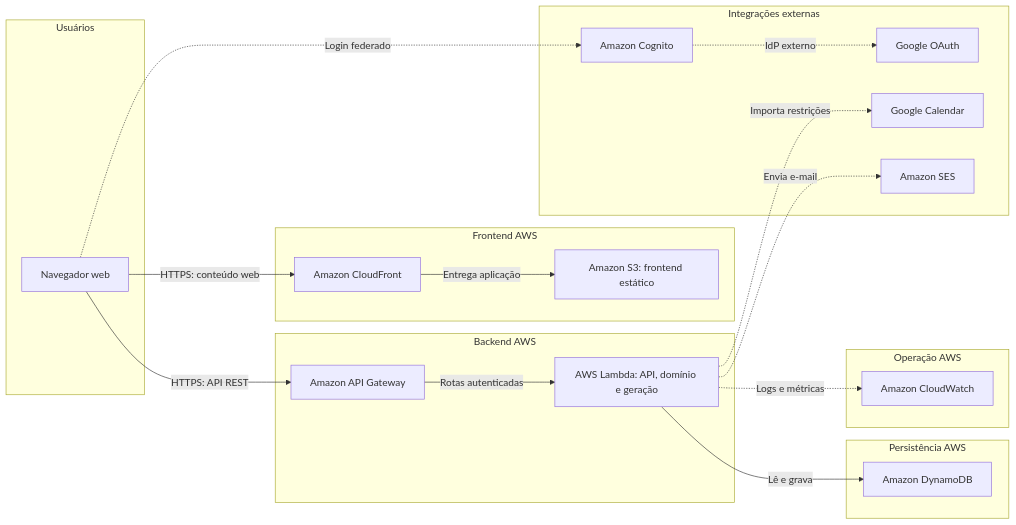
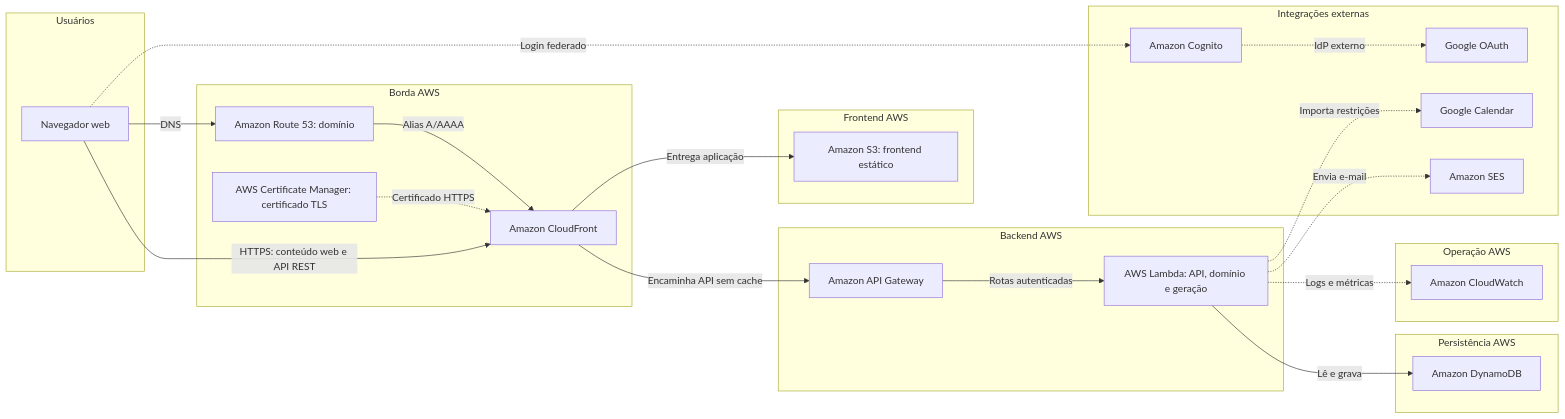
The first of 3 diagrams in docs/diagramas-de-blocos.md (sx-nt/infra_p), drawn with Mermaid before and after one commit. The commit also changed other lines of this file and 14 other files, not shown here.

Commit message:
feat: Entrega 4 - CDN, API Gateway, HTTPS e integração com Lambda via Pulumi

````diff
--- a/docs/diagramas-de-blocos.md
+++ b/docs/diagramas-de-blocos.md
@@ -10,42 +10,50 @@
 ```mermaid
 flowchart LR
     subgraph usuarios ["Usuários"]
         navegador["Navegador web"]
     end
 
+    subgraph borda ["Borda AWS"]
+        route53["Amazon Route 53: domínio"]
+        acm["AWS Certificate Manager: certificado TLS"]
+        cloudFront["Amazon CloudFront"]
+    end
+
     subgraph frontend ["Frontend AWS"]
-        cloudFront["Amazon CloudFront"]
         s3["Amazon S3: frontend estático"]
     end
 
     subgraph backend ["Backend AWS"]
         apiGateway["Amazon API Gateway"]
         lambda["AWS Lambda: API, domínio e geração"]
     end
 
     subgraph dados ["Persistência AWS"]
     dynamodb["Amazon DynamoDB"]
     end
 
     subgraph observabilidade ["Operação AWS"]
         cloudWatch["Amazon CloudWatch"]
     end
 
     subgraph externos ["Integrações externas"]
         cognito["Amazon Cognito"]
         googleOAuth["Google OAuth"]
         googleCalendar["Google Calendar"]
         ses["Amazon SES"]
     end
 
-    navegador -->|"HTTPS: conteúdo web"| cloudFront
+    navegador -->|"DNS"| route53
+    route53 -->|"Alias A/AAAA"| cloudFront
+    acm -.->|"Certificado HTTPS"| cloudFront
+    navegador -->|"HTTPS: conteúdo web e API REST"| cloudFront
     cloudFront -->|"Entrega aplicação"| s3
-    navegador -->|"HTTPS: API REST"| apiGateway
+    cloudFront -->|"Encaminha API sem cache"| apiGateway
     navegador -.->|"Login federado"| cognito
     cognito -.->|"IdP externo"| googleOAuth
     apiGateway -->|"Rotas autenticadas"| lambda
     lambda -->|"Lê e grava"| dynamodb
     lambda -.->|"Importa restrições"| googleCalendar
     lambda -.->|"Envia e-mail"| ses
     lambda -.->|"Logs e métricas"| cloudWatch
 ```
````
